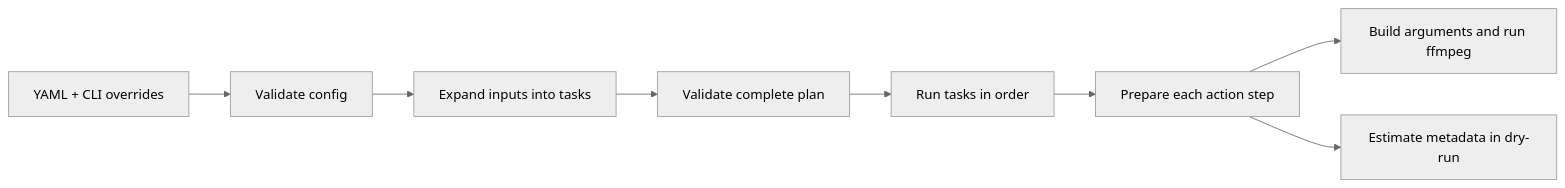
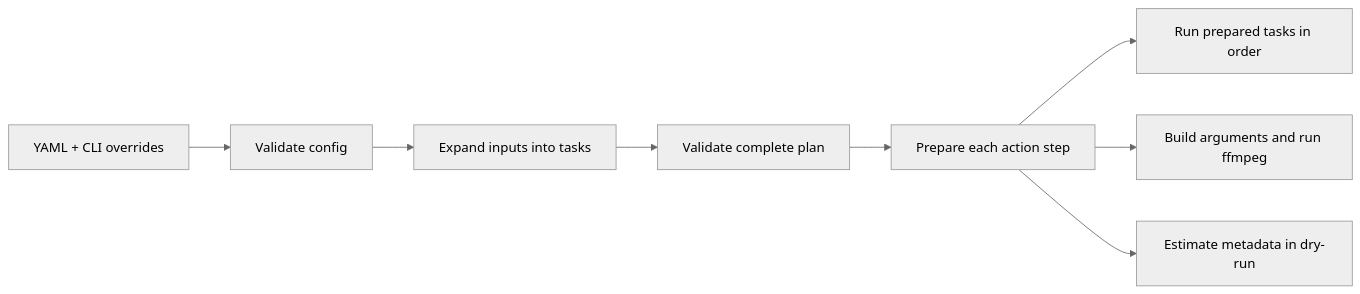
The diagram in DESIGN_PATTERNS.md (KasunUdaraWaththeHewa/MediaSmith), drawn with Mermaid (neutral theme) before and after one commit. The commit also changed other lines of this file and 24 other files, not shown here.

````diff
--- a/DESIGN_PATTERNS.md
+++ b/DESIGN_PATTERNS.md
@@ -7,10 +7,10 @@
 ```mermaid
 flowchart LR
   YAML[YAML + CLI overrides] --> Schema[Validate config]
   Schema --> Planner[Expand inputs into tasks]
   Planner --> Checks[Validate complete plan]
-  Checks --> Runner[Run tasks in order]
-  Runner --> Action[Prepare each action step]
+  Checks --> Action[Prepare each action step]
+  Action --> Runner[Run prepared tasks in order]
   Action --> Ffmpeg[Build arguments and run ffmpeg]
   Action --> Preview[Estimate metadata in dry-run]
 ```
````
